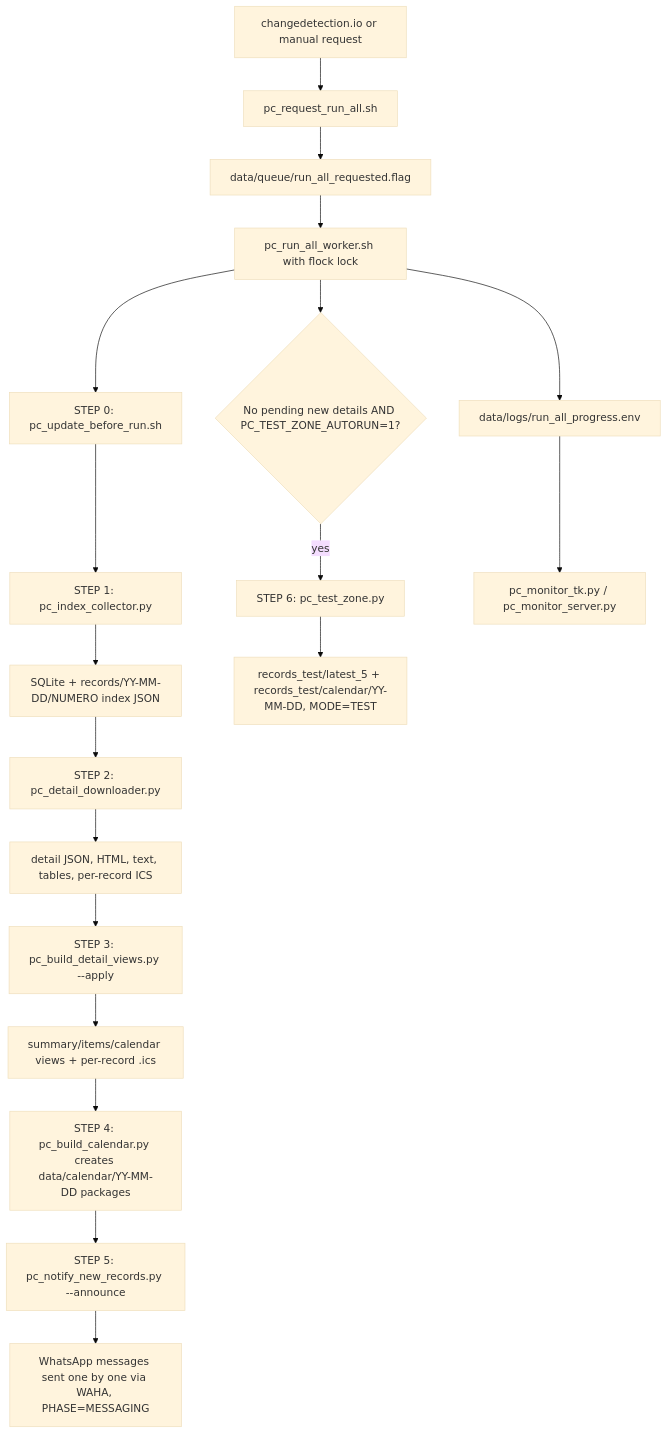
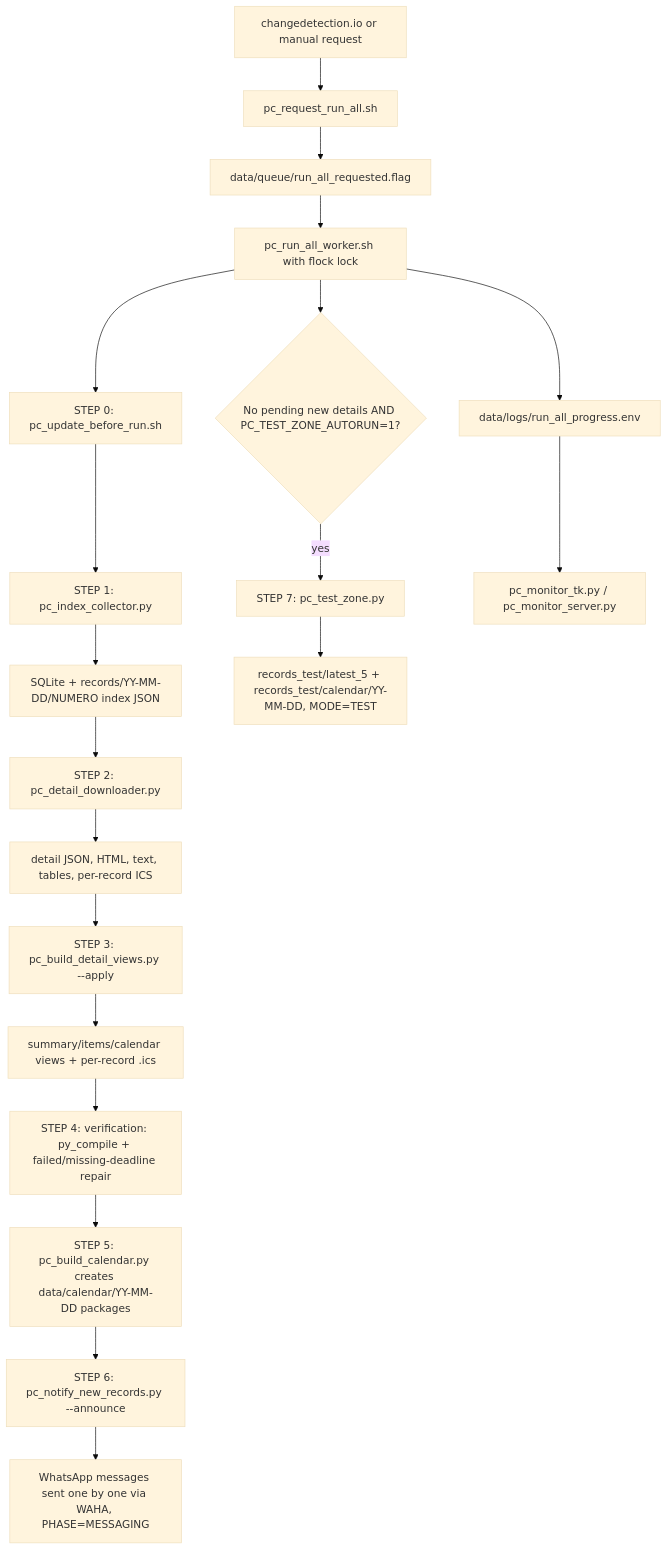
The diagram in README.md (413x-4rtur0/panamacompra-collector-backfill), drawn with Mermaid (base theme) before and after one commit. The commit also changed other lines of this file and 6 other files, not shown here.

Commit message:
Add verification repair step to worker

````diff
--- a/README.md
+++ b/README.md
@@ -118,21 +119,22 @@
 ```mermaid
 flowchart TD
     A[changedetection.io or manual request] --> B[pc_request_run_all.sh]
     B --> C[data/queue/run_all_requested.flag]
     C --> D[pc_run_all_worker.sh with flock lock]
     D --> U[STEP 0: pc_update_before_run.sh]
     U --> E[STEP 1: pc_index_collector.py]
     E --> F[SQLite + records/YY-MM-DD/NUMERO index JSON]
     F --> G[STEP 2: pc_detail_downloader.py]
     G --> H[detail JSON, HTML, text, tables, per-record ICS]
     H --> I[STEP 3: pc_build_detail_views.py --apply]
     I --> V[summary/items/calendar views + per-record .ics]
-    V --> J[STEP 4: pc_build_calendar.py creates data/calendar/YY-MM-DD packages]
-    J --> P[STEP 5: pc_notify_new_records.py --announce]
+    V --> R[STEP 4: verification: py_compile + failed/missing-deadline repair]
+    R --> J[STEP 5: pc_build_calendar.py creates data/calendar/YY-MM-DD packages]
+    J --> P[STEP 6: pc_notify_new_records.py --announce]
     P --> Q[WhatsApp messages sent one by one via WAHA, PHASE=MESSAGING]
     D --> K{No pending new details AND PC_TEST_ZONE_AUTORUN=1?}
-    K -- yes --> L[STEP 6: pc_test_zone.py]
+    K -- yes --> L[STEP 7: pc_test_zone.py]
     L --> M[records_test/latest_5 + records_test/calendar/YY-MM-DD, MODE=TEST]
     D --> N[data/logs/run_all_progress.env]
     N --> O[pc_monitor_tk.py / pc_monitor_server.py]
 ```
````
